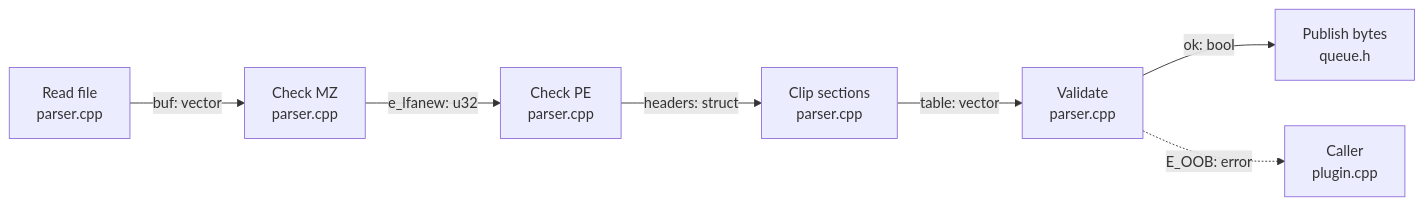
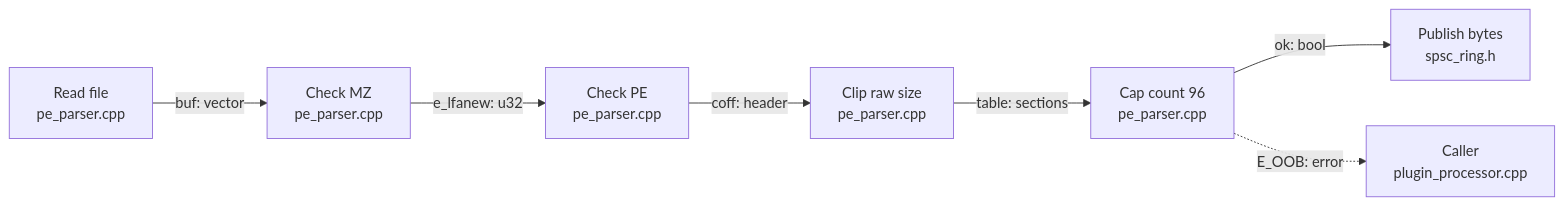
Before and after one commit to 9matesu/Catlas: the diagram in examples/opcoda-pe-pipeline/diagrams/dataflow-l1-pe-parse.mmd, drawn with Mermaid. The commit also changed 13 other files, not shown here.

Commit message:
Catlas: Opcoda example case with rendered diagram images in READMEs

```diff
--- a/examples/opcoda-pe-pipeline/diagrams/dataflow-l1-pe-parse.mmd
+++ b/examples/opcoda-pe-pipeline/diagrams/dataflow-l1-pe-parse.mmd
@@ -1,8 +1,8 @@
 flowchart LR
   direction LR
-  R[Read file<br/>parser.cpp] -->|buf: vector| M[Check MZ<br/>parser.cpp]
-  M -->|e_lfanew: u32| C[Check PE<br/>parser.cpp]
-  C -->|headers: struct| S[Clip sections<br/>parser.cpp]
-  S -->|table: vector| V[Validate<br/>parser.cpp]
-  V -->|ok: bool| B[Publish bytes<br/>queue.h]
-  V -.->|E_OOB: error| E[Caller<br/>plugin.cpp]
+  R[Read file<br/>pe_parser.cpp] -->|buf: vector| M[Check MZ<br/>pe_parser.cpp]
+  M -->|e_lfanew: u32| C[Check PE<br/>pe_parser.cpp]
+  C -->|coff: header| S[Clip raw size<br/>pe_parser.cpp]
+  S -->|table: sections| V[Cap count 96<br/>pe_parser.cpp]
+  V -->|ok: bool| B[Publish bytes<br/>spsc_ring.h]
+  V -.->|E_OOB: error| E[Caller<br/>plugin_processor.cpp]
```
